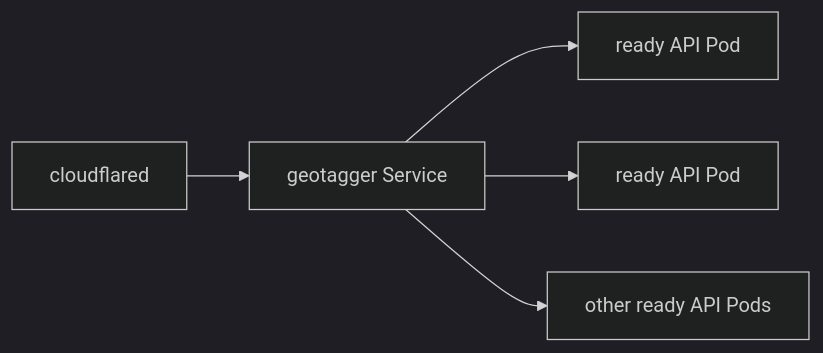
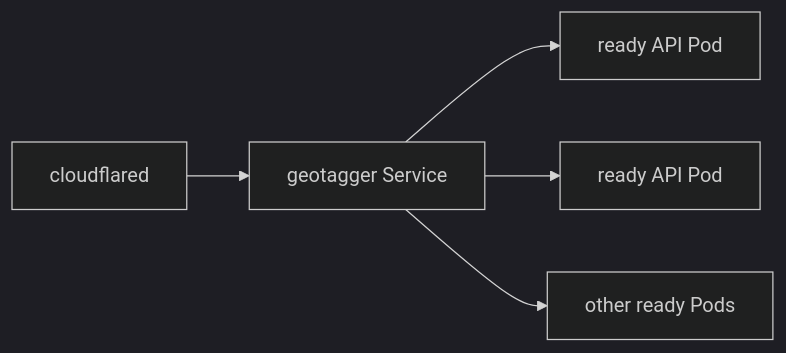
One commit to Jstarzz/geotagger changed the fifth of 10 diagrams in docs/KUBERNETES.md. Above: the diagram before and after it, drawn with Mermaid (dark theme). The commit also changed other lines of this file, not shown here.

````diff
--- a/docs/KUBERNETES.md
+++ b/docs/KUBERNETES.md
@@ -202,7 +156,7 @@
 ```mermaid
 flowchart LR
     CFD["cloudflared"] --> SVC["geotagger Service"]
     SVC --> P1["ready API Pod"]
     SVC --> P2["ready API Pod"]
-    SVC --> PN["other ready API Pods"]
+    SVC --> PN["other ready Pods"]
 ```
````
